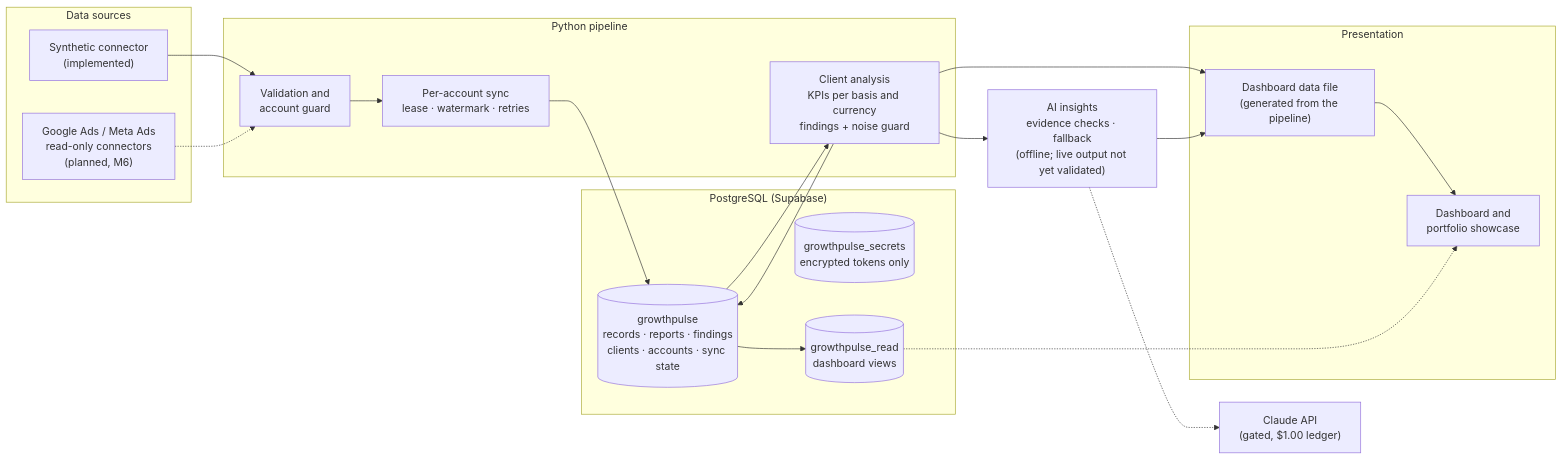
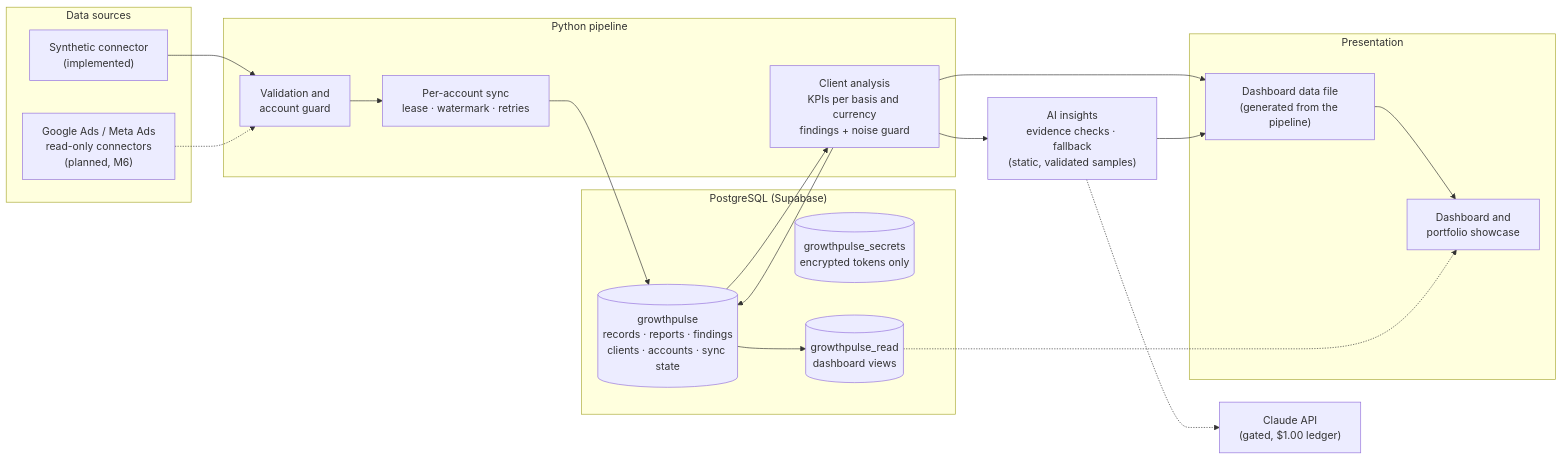
The diagram in README.md (yahya-dev97/growthpulse-ai), drawn with Mermaid before and after one commit. The commit also changed other lines of this file and 20 other files, not shown here.

````diff
--- a/README.md
+++ b/README.md
@@ -45,33 +47,33 @@
 ```mermaid
 flowchart LR
     subgraph Sources["Data sources"]
         SYN["Synthetic connector<br/>(implemented)"]
         LIVE["Google Ads / Meta Ads<br/>read-only connectors<br/>(planned, M6)"]
     end
     subgraph Pipeline["Python pipeline"]
         VAL["Validation and<br/>account guard"]
         SYNC["Per-account sync<br/>lease · watermark · retries"]
         AN["Client analysis<br/>KPIs per basis and currency<br/>findings + noise guard"]
     end
     subgraph DB["PostgreSQL (Supabase)"]
         TBL[("growthpulse<br/>records · reports · findings<br/>clients · accounts · sync state")]
         SEC[("growthpulse_secrets<br/>encrypted tokens only")]
         VIEWS[("growthpulse_read<br/>dashboard views")]
     end
     subgraph UI["Presentation"]
         FIX["Dashboard data file<br/>(generated from the pipeline)"]
         DASH["Dashboard and<br/>portfolio showcase"]
     end
-    AI["AI insights<br/>evidence checks · fallback<br/>(offline; live output not yet validated)"]
+    AI["AI insights<br/>evidence checks · fallback<br/>(static, validated samples)"]
     CL["Claude API<br/>(gated, $1.00 ledger)"]
 
     SYN --> VAL
     LIVE -.-> VAL
     VAL --> SYNC --> TBL
     TBL --> AN --> TBL
     TBL --> VIEWS
     AN --> FIX --> DASH
     VIEWS -.-> DASH
     AN --> AI --> FIX
     AI -.-> CL
 ```
````
